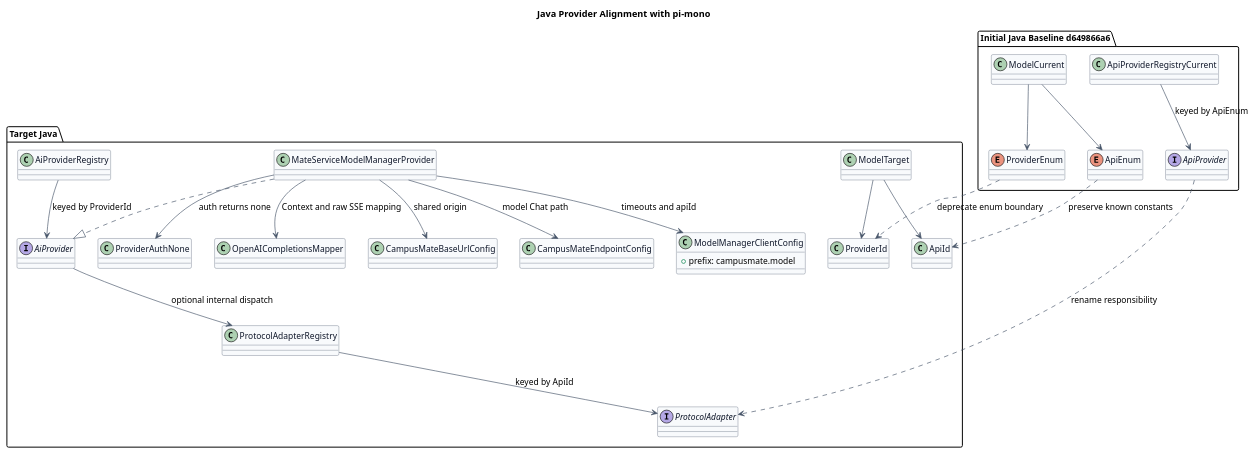
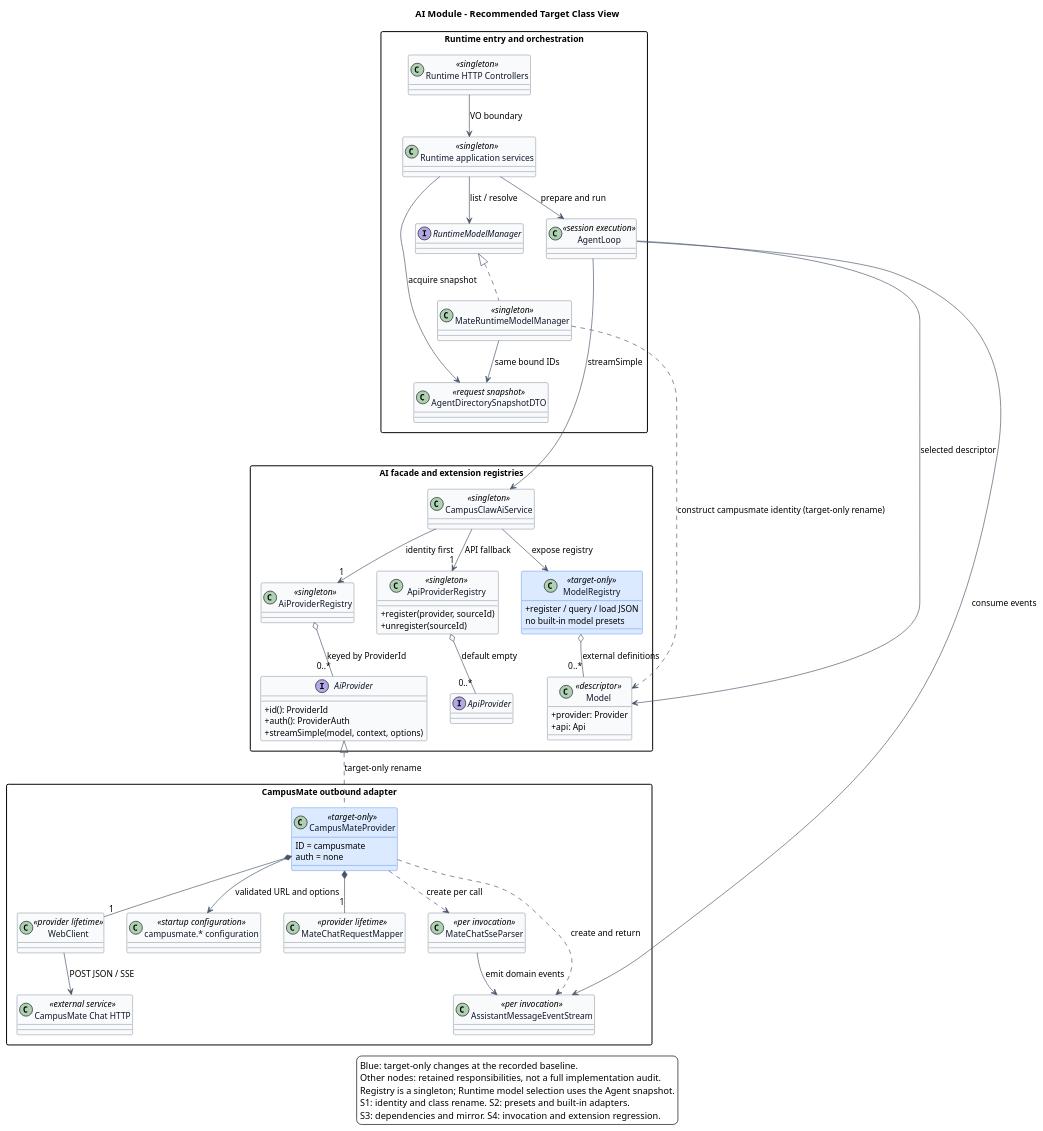
One commit to ssm0808/pi-mono-java-design changed the fourth of 5 diagrams in 02-服务与接口/03-模型管理Provider契约/diagram.puml. Above: the diagram before and after it, drawn with PlantUML. The commit also changed other lines of this file and 17 other files, not shown here.

Commit message:
docs(ai): 统一 CampusMate 命名并明确 AI 削减边界

```diff
--- a/02-服务与接口/03-模型管理Provider契约/diagram.puml
+++ b/02-服务与接口/03-模型管理Provider契约/diagram.puml
@@ -229,70 +221,116 @@
 @startuml java_provider_alignment
-title Java Provider Alignment with pi-mono
+title AI Module - Recommended Target Class View
 
-' Source evidence:
-' pi-mono packages/ai/src/models.ts: Provider and Models registry keyed by provider.id
-' pi-mono packages/ai/src/api/openai-completions.ts: Chat conversion and stream processing
-' pi-mono-java modules/ai/src/main/java/com/campusclaw/ai/provider/ApiProviderRegistry.java: registry keyed by Api
-' pi-mono-java modules/ai/src/main/java/com/campusclaw/ai/provider/openai/OpenAICompletionsProvider.java: current Chat mapper
-' pi-mono-java modules/ai/src/main/java/com/campusclaw/ai/types/Provider.java: closed enum with CUSTOM
-' pi-mono-java modules/coding-agent-cli/src/main/resources/application.yml:89-140, three CampusMate address keys
-' Java divergence: the initial d649866a6 baseline models protocol adapters as providers and cannot preserve arbitrary provider identity.
-' Architecture change: add open ProviderId and ApiId values, resolve AiProvider by providerId, and configure apiId internally.
-' Architecture change: Model Manager, Runtime, and Tool clients share one campusmate tree and endpoint catalog.
-' Architecture change: model options bind to campusmate.model while component and provider names remain stable.
+' Baseline: pi-mono 5cd93f688aaab89dbb6dfa4aca535f21796ae185
+' Source evidence: packages/ai/src/models.ts: Provider, ModelsImpl.requireProvider, createProvider
+' Baseline: pi-mono-java f61906b9136246ca60f333704b6fc92b5420d0ec
+' Source evidence: modules/ai/src/main/java/com/campusclaw/ai/CampusClawAiService.java: streamSimple, resolveManagedProvider, resolveProvider
+' Source evidence: modules/ai/src/main/java/com/campusclaw/ai/provider/AiProviderRegistry.java: getProvider
+' Source evidence: modules/ai/src/main/java/com/campusclaw/ai/provider/ApiProviderRegistry.java: register, getProvider, unregister
+' Source evidence: modules/ai/src/main/java/com/campusclaw/ai/provider/mate/MateServiceModelManagerProvider.java: streamSimple, subscribe
+' Source evidence: modules/ai/src/main/java/com/campusclaw/ai/model/ModelRegistry.java: init, register, loadFromJsonFile
+' Source evidence: modules/coding-agent-cli/src/main/java/com/campusclaw/codingagent/runtimeapi/model/MateRuntimeModelManager.java: resolveModel, listAvailableModels
+' Source evidence: modules/coding-agent-cli/src/main/java/com/campusclaw/codingagent/runtimeapi/session/RuntimeSessionService.java: create
+' Observed behavior: identity dispatch precedes API dispatch; Mate owns an independent WebClient path.
+' Product constraint: remove bundled vendor adapters and presets while retaining registration APIs.
+' Target-only: CampusMateProvider, CAMPUSMATE identity, and ModelRegistry without presets.
+' Design reason: request state stays per invocation; AI does not depend on Runtime persistence.
 
 skinparam backgroundColor #FFFFFF
 skinparam shadowing false
 skinparam defaultFontName Arial
 skinparam defaultFontSize 13
+skinparam classAttributeIconSize 0
+skinparam packageStyle rectangle
+skinparam nodesep 35
+skinparam ranksep 45
+skinparam ArrowColor #475569
 skinparam class {
   BackgroundColor #F8FAFC
   BorderColor #475569
   FontColor #0F172A
-  ArrowColor #475569
+  BackgroundColor<<target-only>> #DBEAFE
+  BorderColor<<target-only>> #2563EB
 }
 
-package "Initial Java Baseline d649866a6" {
-  enum ProviderEnum
-  enum ApiEnum
-  class ModelCurrent
-  interface ApiProvider
-  class ApiProviderRegistryCurrent
-  ModelCurrent --> ProviderEnum
-  ModelCurrent --> ApiEnum
-  ApiProviderRegistryCurrent --> ApiProvider : keyed by ApiEnum
+package "Runtime entry and orchestration" {
+  class "Runtime HTTP Controllers" as Controllers <<singleton>>
+  class "Runtime application services" as Services <<singleton>>
+  interface RuntimeModelManager
+  class MateRuntimeModelManager <<singleton>>
+  class AgentDirectorySnapshotDTO <<request snapshot>>
+  class AgentLoop <<session execution>>
+  Controllers --> Services : VO boundary
+  Services --> RuntimeModelManager : list / resolve
+  Services --> AgentDirectorySnapshotDTO : acquire snapshot
+  Services --> AgentLoop : prepare and run
+  MateRuntimeModelManager ..up|> RuntimeModelManager
+  MateRuntimeModelManager --> AgentDirectorySnapshotDTO : same bound IDs
 }
 
-package "Target Java" {
-  class ProviderId
-  class ApiId
-  class ModelTarget
-  interface AiProvider
-  class AiProviderRegistry
-  interface ProtocolAdapter
-  class ProtocolAdapterRegistry
-  class ProviderAuthNone
-  class MateServiceModelManagerProvider
-  class OpenAICompletionsMapper
-  class CampusMateBaseUrlConfig
-  class CampusMateEndpointConfig
-  class ModelManagerClientConfig {
-    +prefix: campusmate.model
+package "AI facade and extension registries" {
+  class CampusClawAiService <<singleton>>
+  class AiProviderRegistry <<singleton>>
+  interface AiProvider {
+    +id(): ProviderId
+    +auth(): ProviderAuth
+    +streamSimple(model, context, options)
   }
-  ModelTarget --> ProviderId
-  ModelTarget --> ApiId
-  AiProviderRegistry --> AiProvider : keyed by ProviderId
-  AiProvider --> ProtocolAdapterRegistry : optional internal dispatch
-  ProtocolAdapterRegistry --> ProtocolAdapter : keyed by ApiId
-  MateServiceModelManagerProvider ..|> AiProvider
-  MateServiceModelManagerProvider --> ProviderAuthNone : auth returns none
-  MateServiceModelManagerProvider --> OpenAICompletionsMapper : Context and raw SSE mapping
-  MateServiceModelManagerProvider --> CampusMateBaseUrlConfig : shared origin
-  MateServiceModelManagerProvider --> CampusMateEndpointConfig : model Chat path
-  MateServiceModelManagerProvider --> ModelManagerClientConfig : timeouts and apiId
+  class ApiProviderRegistry <<singleton>> {
+    +register(provider, sourceId)
+    +unregister(sourceId)
+  }
+  interface ApiProvider
+  class ModelRegistry <<target-only>> {
+    +register / query / load JSON
+    no built-in model presets
+  }
+  class Model <<descriptor>> {
+    +provider: Provider
+    +api: Api
+  }
+  CampusClawAiService --> "1" AiProviderRegistry : identity first
+  AiProviderRegistry o-- "0..*" AiProvider : keyed by ProviderId
+  CampusClawAiService --> "1" ApiProviderRegistry : API fallback
+  ApiProviderRegistry o-- "0..*" ApiProvider : default empty
+  CampusClawAiService --> ModelRegistry : expose registry
+  ModelRegistry o-- "0..*" Model : external definitions
 }
 
-ProviderEnum ..> ProviderId : deprecate enum boundary
-ApiEnum ..> ApiId : preserve known constants
-ApiProvider ..> ProtocolAdapter : rename responsibility
+package "CampusMate outbound adapter" {
+  class CampusMateProvider <<target-only>> {
+    ID = campusmate
+    auth = none
+  }
+  class MateChatRequestMapper <<provider lifetime>>
+  class MateChatSseParser <<per invocation>>
+  class AssistantMessageEventStream <<per invocation>>
+  class WebClient <<provider lifetime>>
+  class "campusmate.* configuration" as Config <<startup configuration>>
+  class "CampusMate Chat HTTP" as Chat <<external service>>
+  CampusMateProvider ..up|> AiProvider : target-only rename
+  CampusMateProvider *-- "1" MateChatRequestMapper
+  CampusMateProvider *-- "1" WebClient
+  CampusMateProvider ..> MateChatSseParser : create per call
+  CampusMateProvider ..> AssistantMessageEventStream : create and return
+  CampusMateProvider --> Config : validated URL and options
+  MateChatSseParser --> AssistantMessageEventStream : emit domain events
+  WebClient --> Chat : POST JSON / SSE
+}
+
+MateRuntimeModelManager ..> Model : construct campusmate identity (target-only rename)
+AgentLoop --> Model : selected descriptor
+AgentLoop --> CampusClawAiService : streamSimple
+AgentLoop -[norank]-> AssistantMessageEventStream : consume events
+
+AgentDirectorySnapshotDTO -[hidden]down-> CampusClawAiService
+Model -[hidden]down-> CampusMateProvider
+
+legend bottom
+Blue: target-only changes at the recorded baseline.
+Other nodes: retained responsibilities, not a full implementation audit.
+Registry is a singleton; Runtime model selection uses the Agent snapshot.
+S1: identity and class rename. S2: presets and built-in adapters.
+S3: dependencies and mirror. S4: invocation and extension regression.
+endlegend
 @enduml
```
